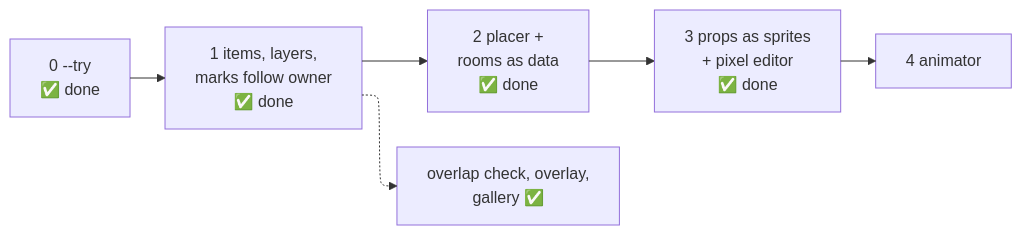
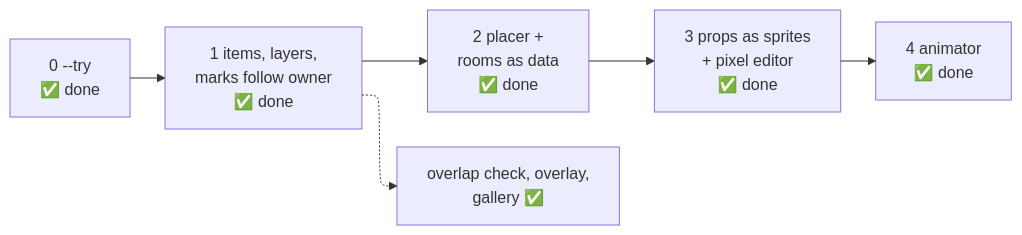
One commit to zelvet-velvet/clawd-room changed the second of 2 diagrams in Clawd Room Note/Notes/Engine Design.md. Above: the diagram before and after it, drawn with Mermaid. The commit also changed other lines of this file and 14 other files, not shown here.

First line of the commit message:
feat(engine): the animator (step 4): eased values for gates appearing and doors swinging; props animated from frames NAME~2, ~3; F in the editor adds a frame; ~ in the pixel font

````diff
--- a/Clawd Room Note/Notes/Engine Design.md
+++ b/Clawd Room Note/Notes/Engine Design.md
@@ -114,6 +119,6 @@
 ```mermaid
 %%{init: {"flowchart": {"defaultRenderer": "elk"}}}%%
 flowchart LR
-    S0["0 --try<br/>✅ done"] --> S1["1 items, layers,<br/>marks follow owner<br/>✅ done"] --> S2["2 placer +<br/>rooms as data<br/>✅ done"] --> S3["3 props as sprites<br/>+ pixel editor<br/>✅ done"] --> S4["4 animator"]
+    S0["0 --try<br/>✅ done"] --> S1["1 items, layers,<br/>marks follow owner<br/>✅ done"] --> S2["2 placer +<br/>rooms as data<br/>✅ done"] --> S3["3 props as sprites<br/>+ pixel editor<br/>✅ done"] --> S4["4 animator<br/>✅ done"]
     S1 -.-> T["overlap check, overlay,<br/>gallery ✅"]
 ```
````
